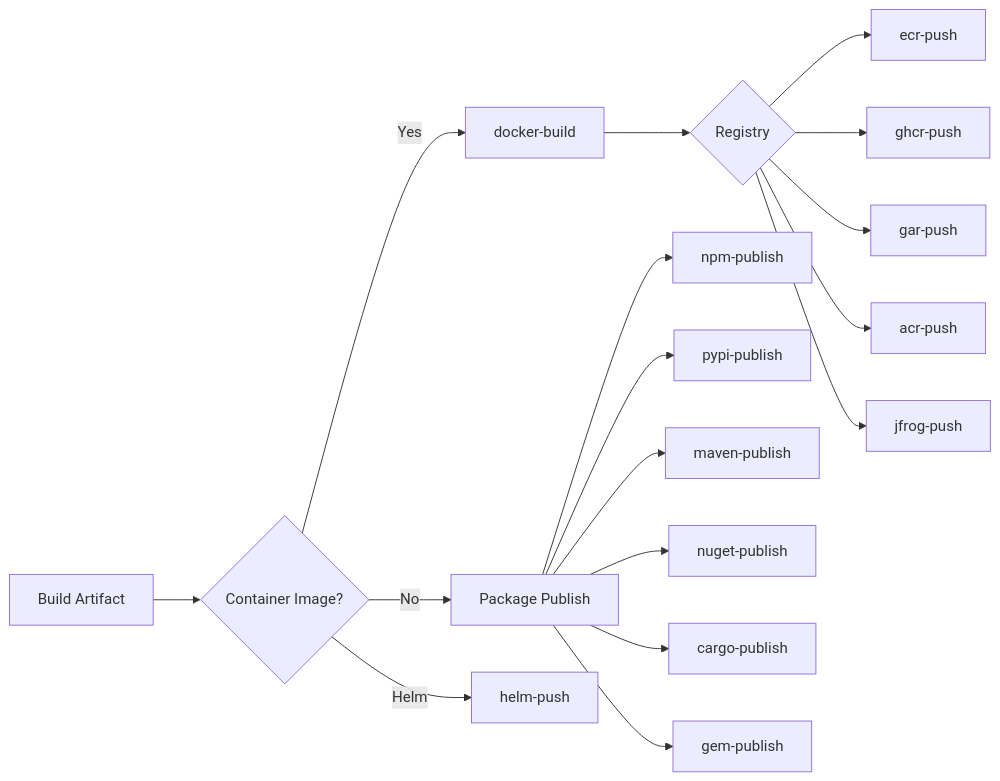
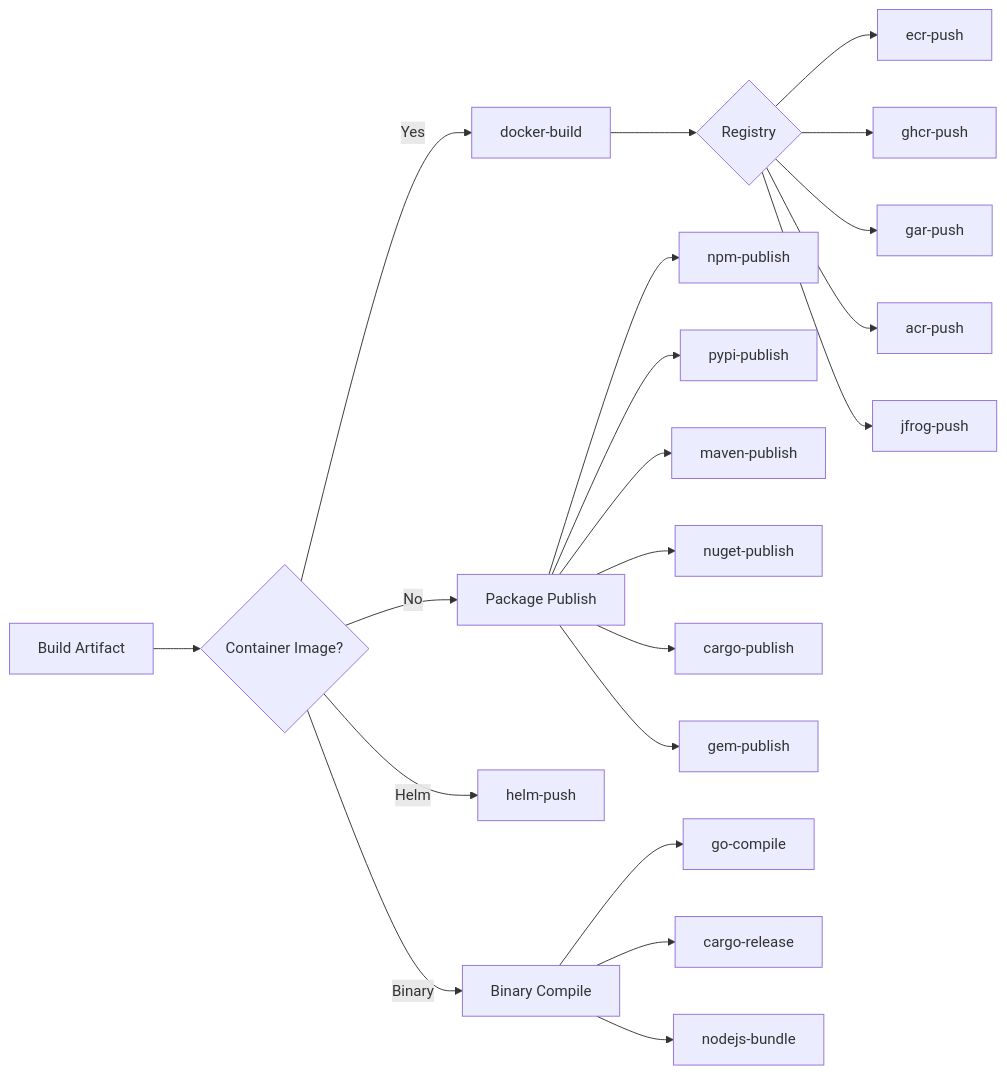
Before and after one commit to mwashburn160/pipeline-builder: the diagram in docs/plugins/artifact.md, drawn with Mermaid. The commit also changed other lines of this file and 17 other files, not shown here.

````diff
--- a/docs/plugins/artifact.md
+++ b/docs/plugins/artifact.md
@@ -5,21 +5,26 @@
 ```mermaid
 flowchart LR
     Build[Build Artifact] --> ContainerImg{Container Image?}
     ContainerImg -->|Yes| DockerBuild[docker-build]
     ContainerImg -->|No| PkgPublish[Package Publish]
     ContainerImg -->|Helm| HelmPkg[helm-push]
 
     DockerBuild --> Registry{Registry}
     Registry --> ecr-push
     Registry --> ghcr-push
     Registry --> gar-push
     Registry --> acr-push
     Registry --> jfrog-push
 
     PkgPublish --> npm-publish
     PkgPublish --> pypi-publish
     PkgPublish --> maven-publish
     PkgPublish --> nuget-publish
     PkgPublish --> cargo-publish
     PkgPublish --> gem-publish
+
+    ContainerImg -->|Binary| BinaryBuild[Binary Compile]
+    BinaryBuild --> go-compile
+    BinaryBuild --> cargo-release
+    BinaryBuild --> nodejs-bundle
 ```
````
